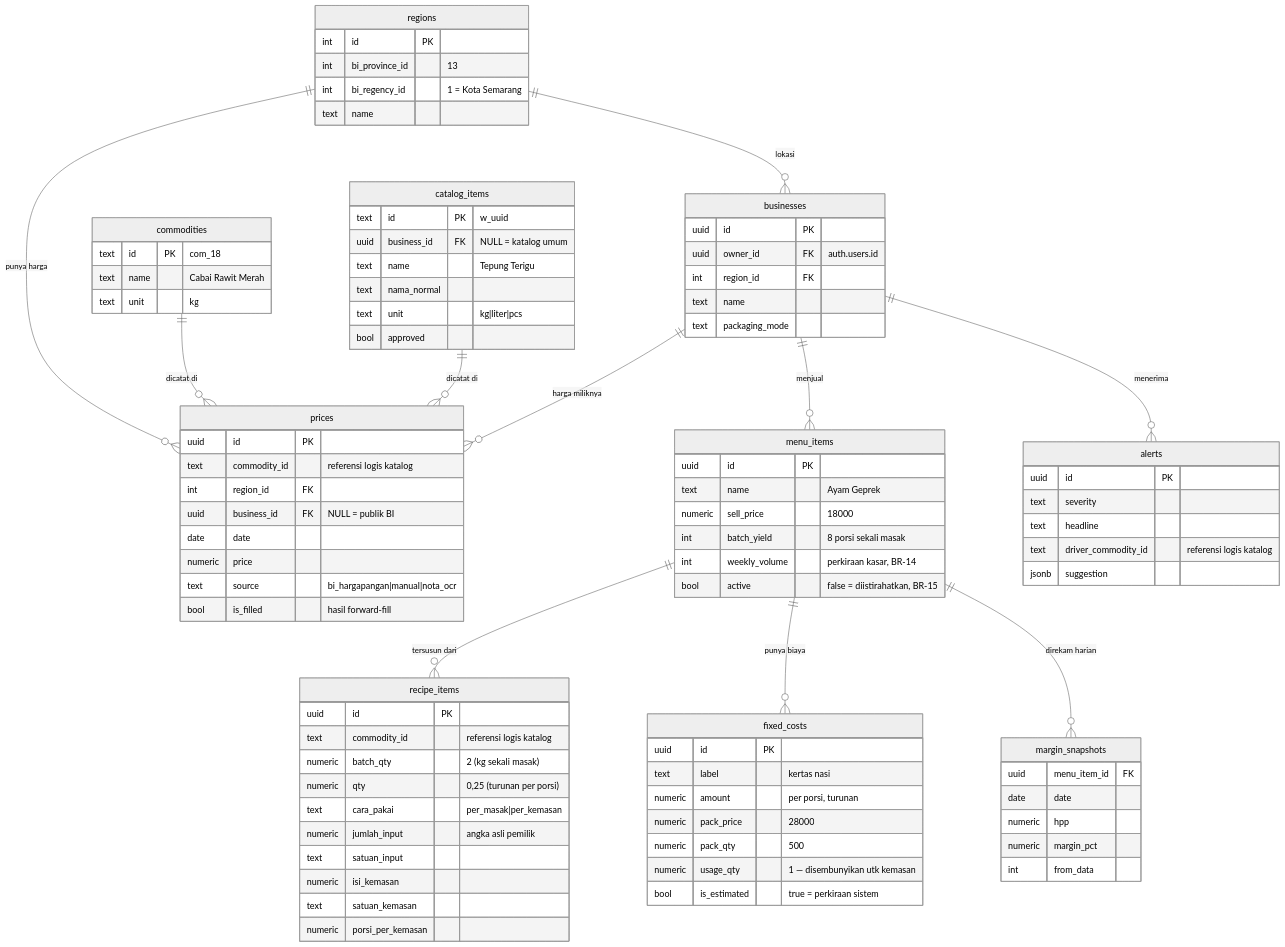
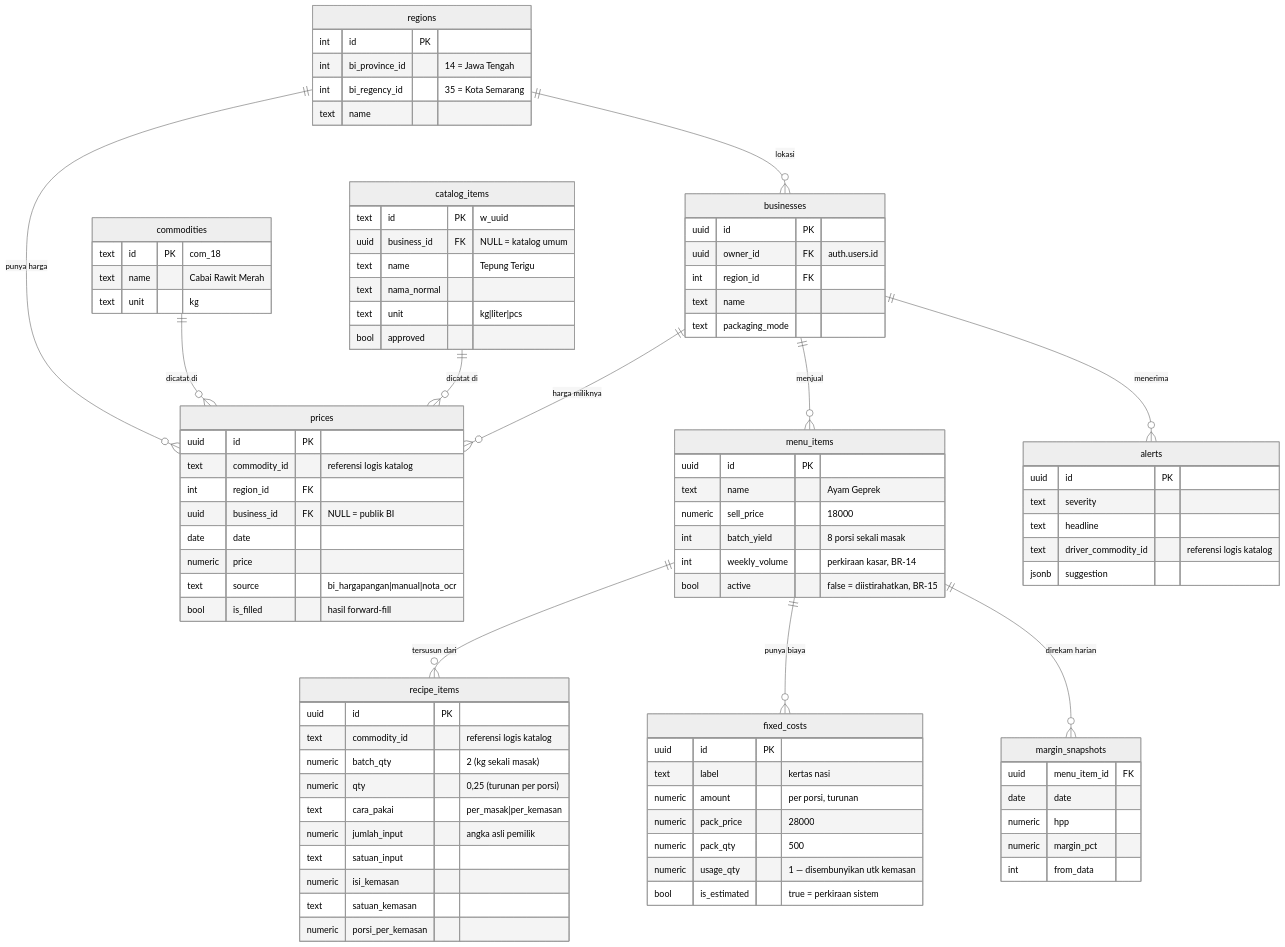
Before and after one commit to ZoeMohamed/Exasti: the diagram in docs/02-ARCHITECTURE.md, drawn with Mermaid (neutral theme). The commit also changed other lines of this file and 21 other files, not shown here.

```diff
--- a/docs/02-ARCHITECTURE.md
+++ b/docs/02-ARCHITECTURE.md
@@ -107,8 +107,8 @@
     }
     regions {
         int  id PK
-        int  bi_province_id "13"
-        int  bi_regency_id "1 = Kota Semarang"
+        int  bi_province_id "14 = Jawa Tengah"
+        int  bi_regency_id "35 = Kota Semarang"
         text name
     }
     businesses {
```
